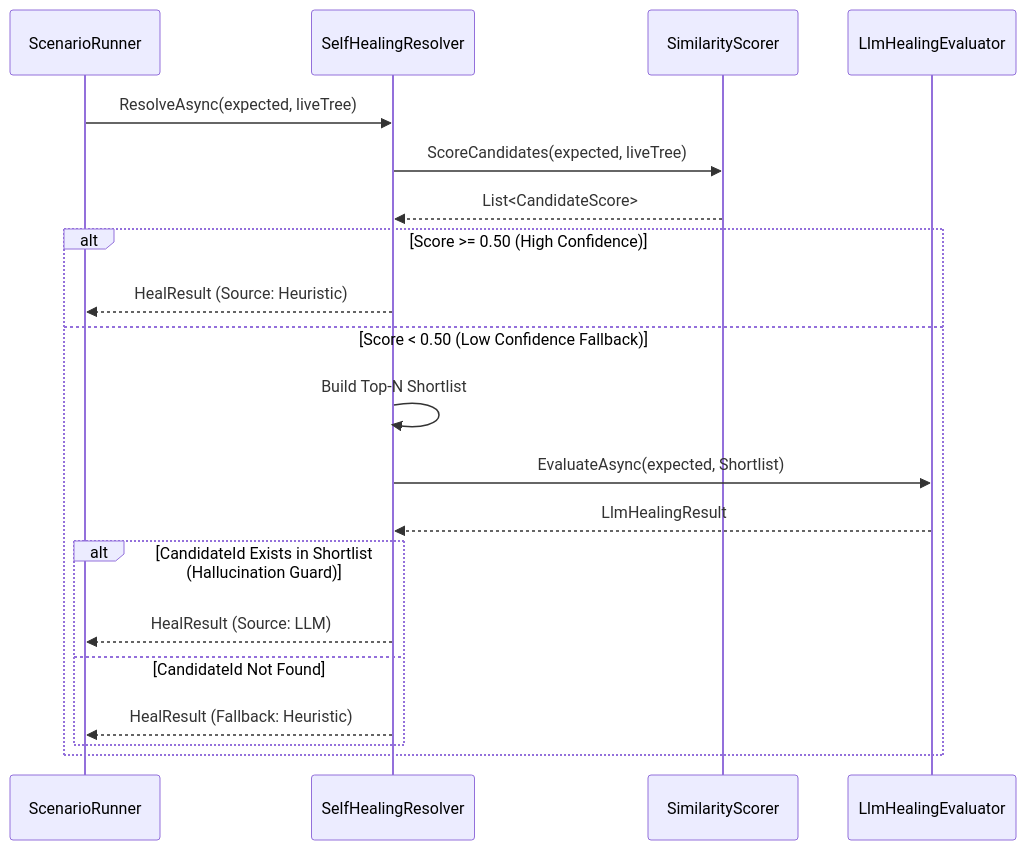
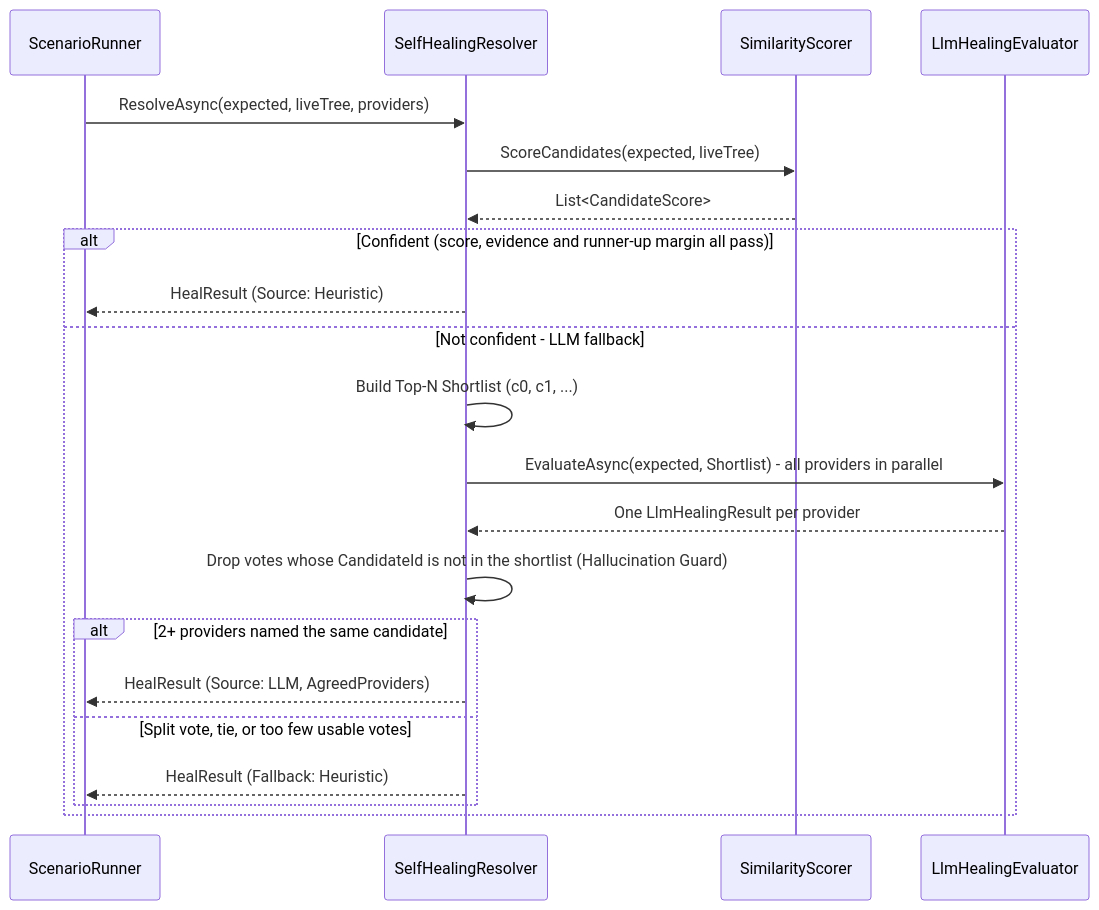
Before and after one commit to mustafasercansak/automation-sandbox: the second of 3 diagrams in README.md, drawn with Mermaid. The commit also changed other lines of this file and 12 other files, not shown here.

First line of the commit message:
Add evaluation scenarios for UI element ambiguity and LLM healing pro… (#55)

````diff
--- a/README.md
+++ b/README.md
@@ -120,22 +120,23 @@
 ```mermaid
 sequenceDiagram
     participant Test as ScenarioRunner
     participant Resolver as SelfHealingResolver
     participant Scorer as SimilarityScorer
     participant LLM as LlmHealingEvaluator
-    Test->>Resolver: ResolveAsync(expected, liveTree)
+    Test->>Resolver: ResolveAsync(expected, liveTree, providers)
     Resolver->>Scorer: ScoreCandidates(expected, liveTree)
     Scorer-->>Resolver: List<CandidateScore>
-    alt Score >= 0.50 (High Confidence)
+    alt Confident (score, evidence and runner-up margin all pass)
         Resolver-->>Test: HealResult (Source: Heuristic)
-    else Score < 0.50 (Low Confidence Fallback)
-        Resolver->>Resolver: Build Top-N Shortlist
-        Resolver->>LLM: EvaluateAsync(expected, Shortlist)
-        LLM-->>Resolver: LlmHealingResult
-        alt CandidateId Exists in Shortlist (Hallucination Guard)
-            Resolver-->>Test: HealResult (Source: LLM)
-        else CandidateId Not Found
+    else Not confident - LLM fallback
+        Resolver->>Resolver: Build Top-N Shortlist (c0, c1, ...)
+        Resolver->>LLM: EvaluateAsync(expected, Shortlist) - all providers in parallel
+        LLM-->>Resolver: One LlmHealingResult per provider
+        Resolver->>Resolver: Drop votes whose CandidateId is not in the shortlist (Hallucination Guard)
+        alt 2+ providers named the same candidate
+            Resolver-->>Test: HealResult (Source: LLM, AgreedProviders)
+        else Split vote, tie, or too few usable votes
             Resolver-->>Test: HealResult (Fallback: Heuristic)
         end
     end
 ```
````
